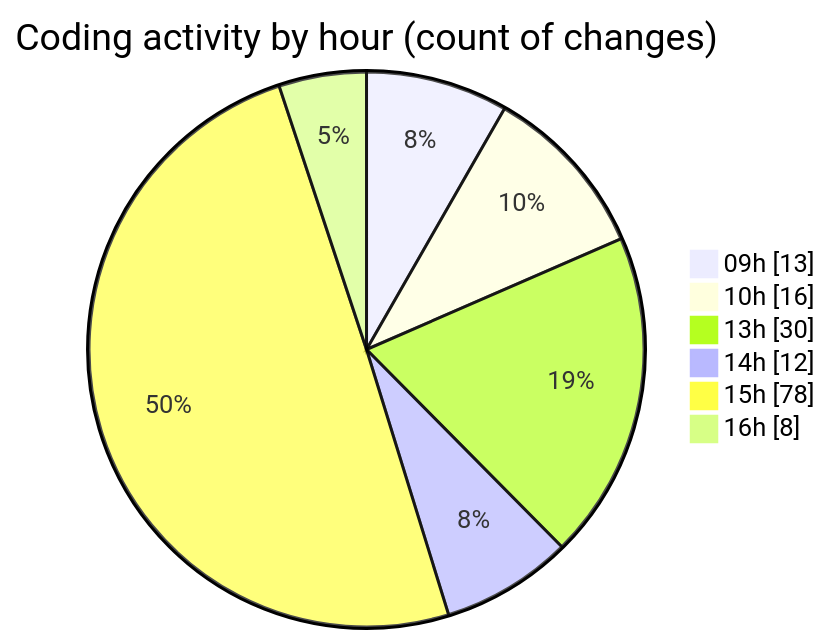
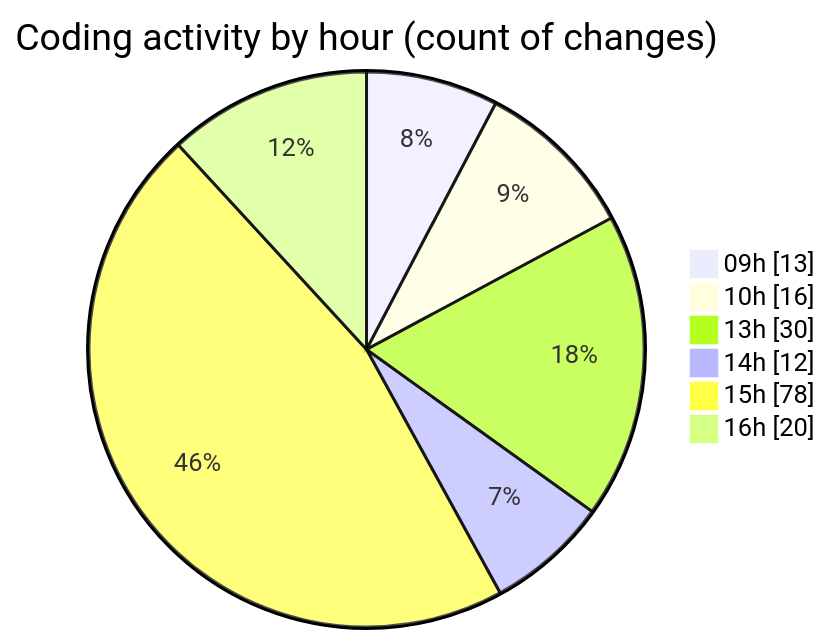
The second of 2 diagrams in 2025-03-31/cda/README.md (momahboobian/code-tracking), drawn with Mermaid before and after one commit. The commit also changed other lines of this file and 1 other file, not shown here.

````diff
--- a/2025-03-31/cda/README.md
+++ b/2025-03-31/cda/README.md
@@ -41,10 +42,10 @@
 ```mermaid
 pie showData
 title Coding activity by hour (count of changes)
 "09h" : 13
 "10h" : 16
 "13h" : 30
 "14h" : 12
 "15h" : 78
-"16h" : 8
+"16h" : 20
 ```
````
